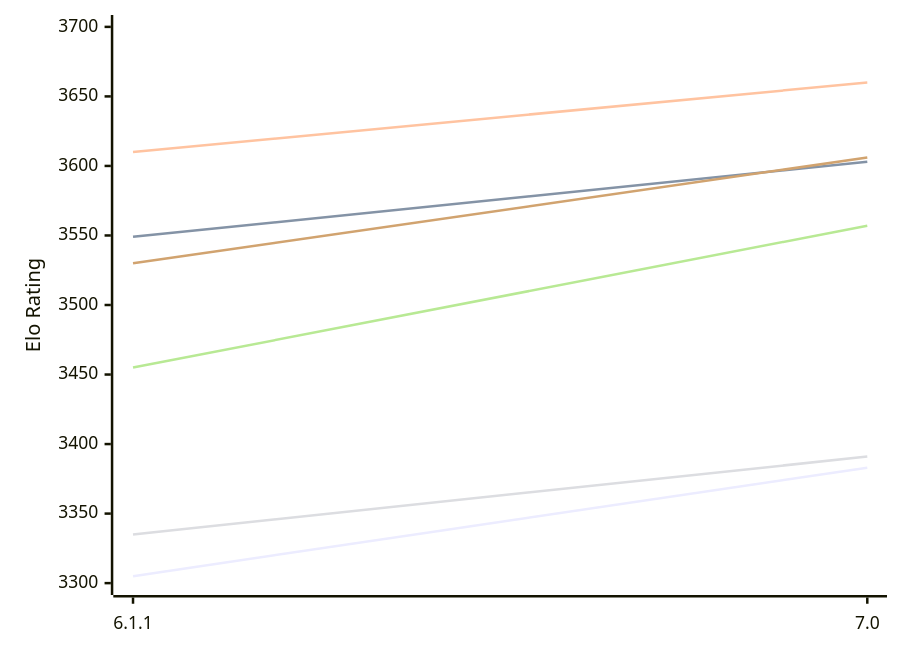
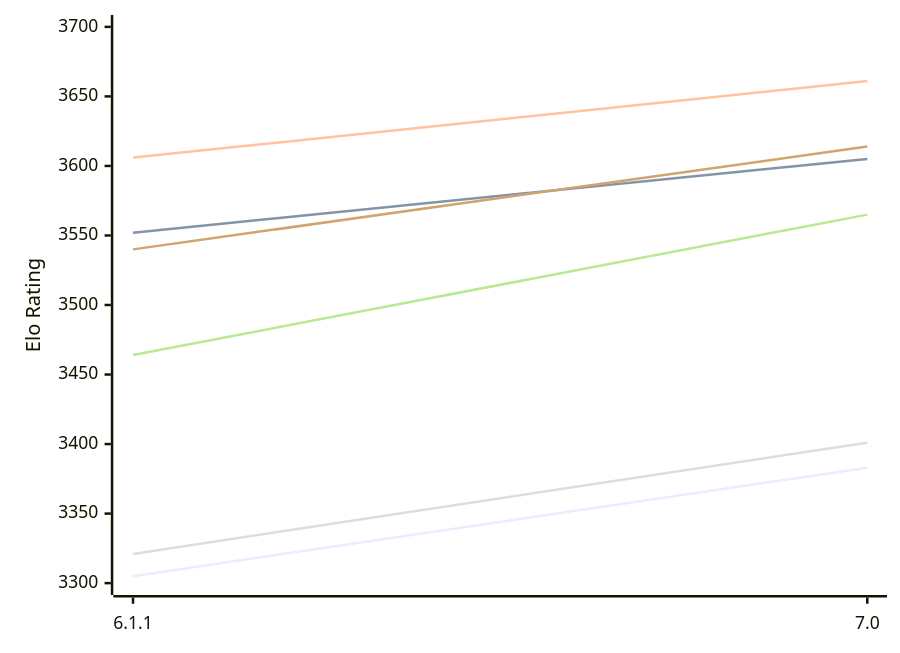
Before and after one commit to computer-chess-index/cci: the first of 2 diagrams in engines/Astra.md, drawn with Mermaid. The commit also changed other lines of this file, not shown here.

Commit message:
Update CCI Ratings (ELO VLTC) - 2026-11-25

````diff
--- a/engines/Astra.md
+++ b/engines/Astra.md
@@ -50,12 +50,12 @@
 ```mermaid
 %%{init: {"theme":"base","themeVariables":{"seriesColors:['#a3a3a3','#222221','#faa371']}}}%%
 xychart-beta
   x-axis ["6.1.1", "7.0"]
   y-axis "Elo Rating" 3300 --> 3700
   line "E1: STC (8.0+0.08s)" [3305, 3383]
-  line "E1: LTC (60.0+0.60s)" [3549, 3603]
-  line "E1: VLTC (2m24s+1.12s)" [3610, 3660]
-  line "P1: STC (8.0+0.08s)" [3335, 3391]
-  line "P1: LTC (60.0+0.60s)" [3455, 3557]
-  line "P1: VLTC (2m24s+1.12s)" [3530, 3606]
+  line "E1: LTC (60.0+0.60s)" [3552, 3605]
+  line "E1: VLTC (2m24s+1.12s)" [3606, 3661]
+  line "P1: STC (8.0+0.08s)" [3321, 3401]
+  line "P1: LTC (60.0+0.60s)" [3464, 3565]
+  line "P1: VLTC (2m24s+1.12s)" [3540, 3614]
 ```
````
